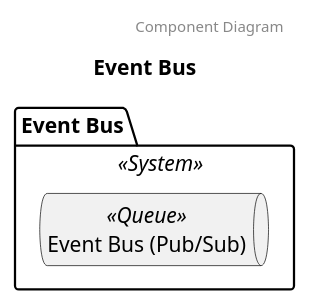
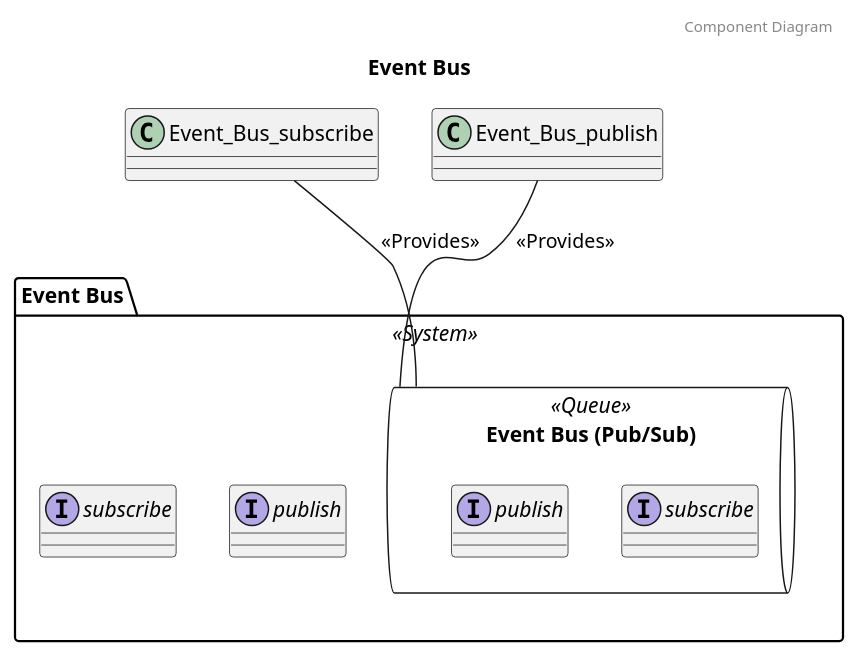
One commit to garrettsutula/example-trellis-project changed the third of 3 diagrams in diagrams/systems/Event_Bus.puml. Above: the diagram before and after it, drawn with PlantUML. The commit also changed other lines of this file and 29 other files, not shown here.

Commit message:
Update deps, diagram examples

```diff
--- a/diagrams/systems/Event_Bus.puml
+++ b/diagrams/systems/Event_Bus.puml
@@ -22,7 +27,14 @@
 @startuml Component Diagram Event Bus
 header Component Diagram
 title Event Bus
 package "Event Bus" as Event_Bus_package <<System>>{
-	queue "Event Bus (Pub/Sub)" as Event_Bus_Pub_Sub <<Queue>>
+	queue "Event Bus (Pub/Sub)" as Event_Bus_Event_Bus_Pub_Sub <<Queue>> {
+		interface "subscribe" as Event_Bus_subscribe
+		interface "publish" as Event_Bus_publish
+	}
+	interface "publish" as Event_Bus_publish
+	interface "subscribe" as Event_Bus_subscribe
 }
+	Event_Bus_Event_Bus_Pub_Sub -up- Event_Bus_publish: <<Provides>>
+	Event_Bus_Event_Bus_Pub_Sub -up- Event_Bus_subscribe: <<Provides>>
 @enduml
```
